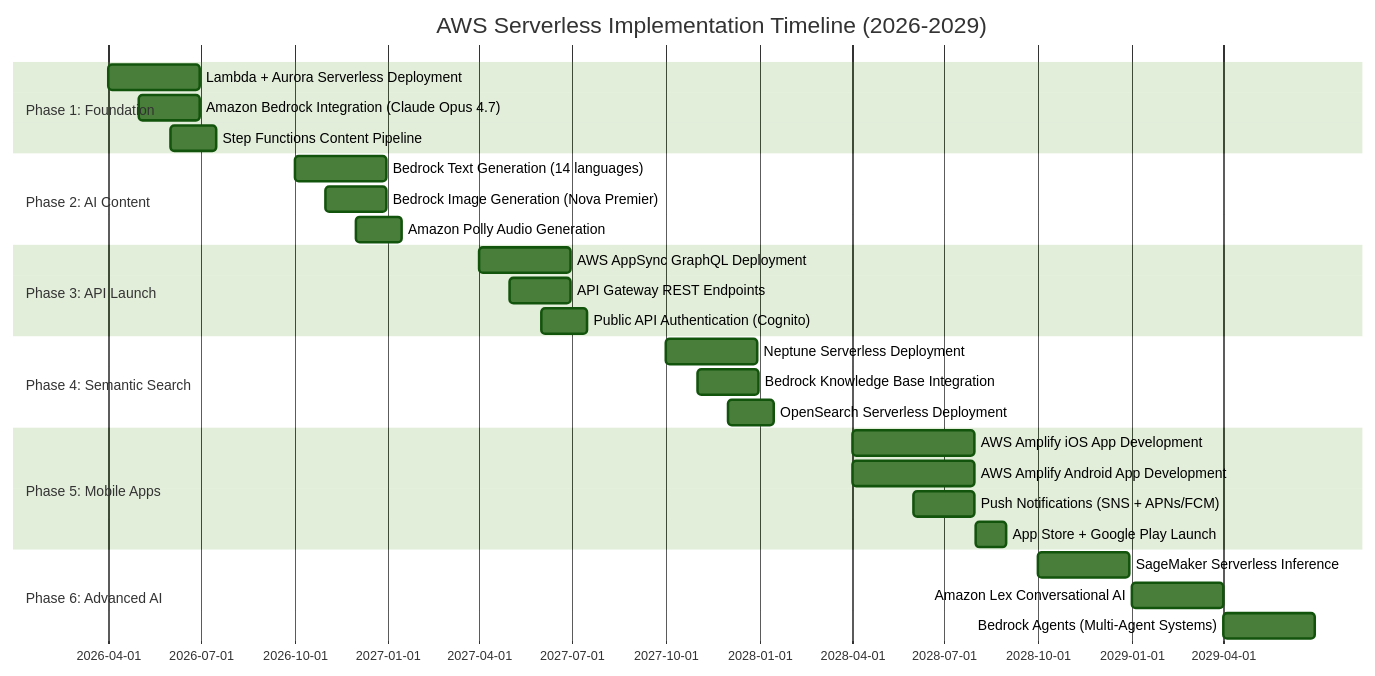
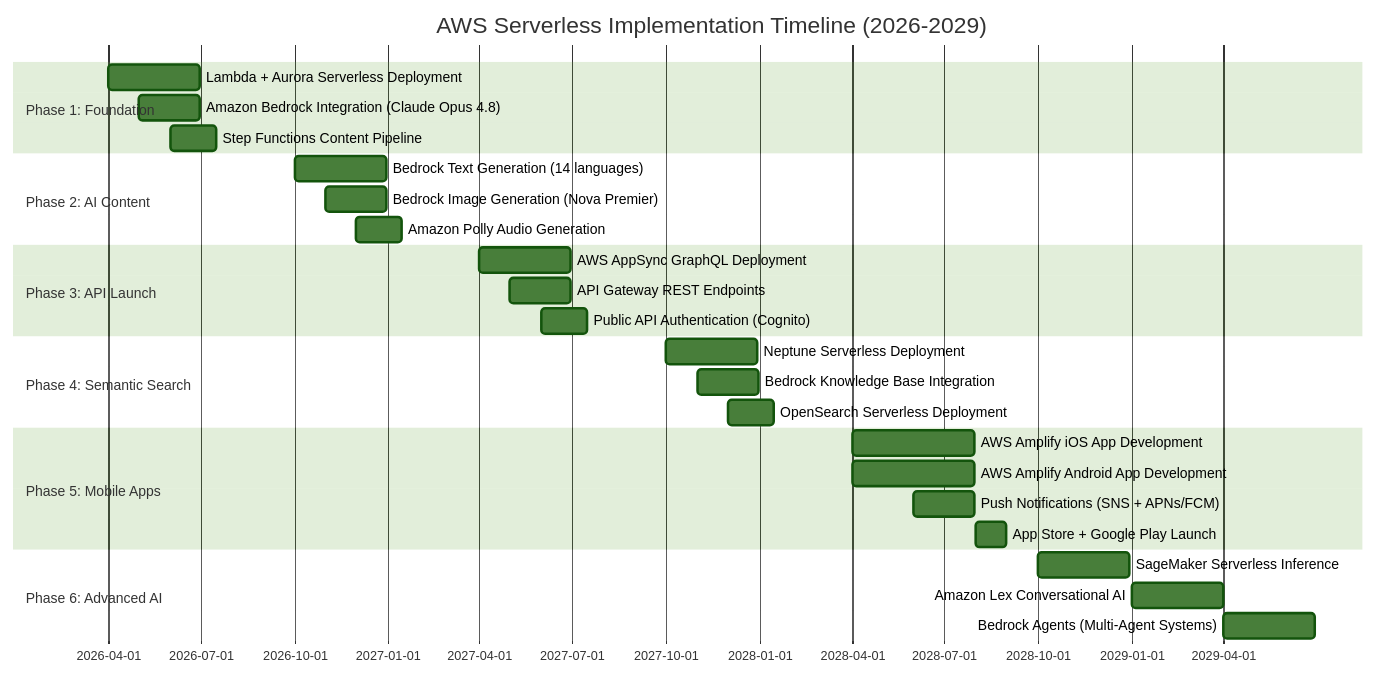
The fourth of 15 diagrams in FUTURE_ARCHITECTURE.md (Hack23/riksdagsmonitor), drawn with Mermaid (forest theme) before and after one commit. The commit also changed other lines of this file and 42 other files, not shown here.

Commit message:
Switch agentic workflows to claude-opus-4.8 (translate stays sonnet-4.6)

````diff
--- a/FUTURE_ARCHITECTURE.md
+++ b/FUTURE_ARCHITECTURE.md
@@ -813,36 +813,36 @@
 ```mermaid
 gantt
     title AWS Serverless Implementation Timeline (2026-2029)
     dateFormat YYYY-MM-DD
     
     section Phase 1: Foundation
     Lambda + Aurora Serverless Deployment      :2026-04-01, 90d
-    Amazon Bedrock Integration (Claude Opus 4.7)  :2026-05-01, 60d
+    Amazon Bedrock Integration (Claude Opus 4.8)  :2026-05-01, 60d
     Step Functions Content Pipeline            :2026-06-01, 45d
     
     section Phase 2: AI Content
     Bedrock Text Generation (14 languages)     :2026-10-01, 90d
     Bedrock Image Generation (Nova Premier)    :2026-11-01, 60d
     Amazon Polly Audio Generation              :2026-12-01, 45d
     
     section Phase 3: API Launch
     AWS AppSync GraphQL Deployment             :2027-04-01, 90d
     API Gateway REST Endpoints                 :2027-05-01, 60d
     Public API Authentication (Cognito)        :2027-06-01, 45d
     
     section Phase 4: Semantic Search
     Neptune Serverless Deployment              :2027-10-01, 90d
     Bedrock Knowledge Base Integration         :2027-11-01, 60d
     OpenSearch Serverless Deployment           :2027-12-01, 45d
     
     section Phase 5: Mobile Apps
     AWS Amplify iOS App Development            :2028-04-01, 120d
     AWS Amplify Android App Development        :2028-04-01, 120d
     Push Notifications (SNS + APNs/FCM)        :2028-06-01, 60d
     App Store + Google Play Launch             :2028-08-01, 30d
     
     section Phase 6: Advanced AI
     SageMaker Serverless Inference             :2028-10-01, 90d
     Amazon Lex Conversational AI               :2029-01-01, 90d
     Bedrock Agents (Multi-Agent Systems)       :2029-04-01, 90d
 ```
````
